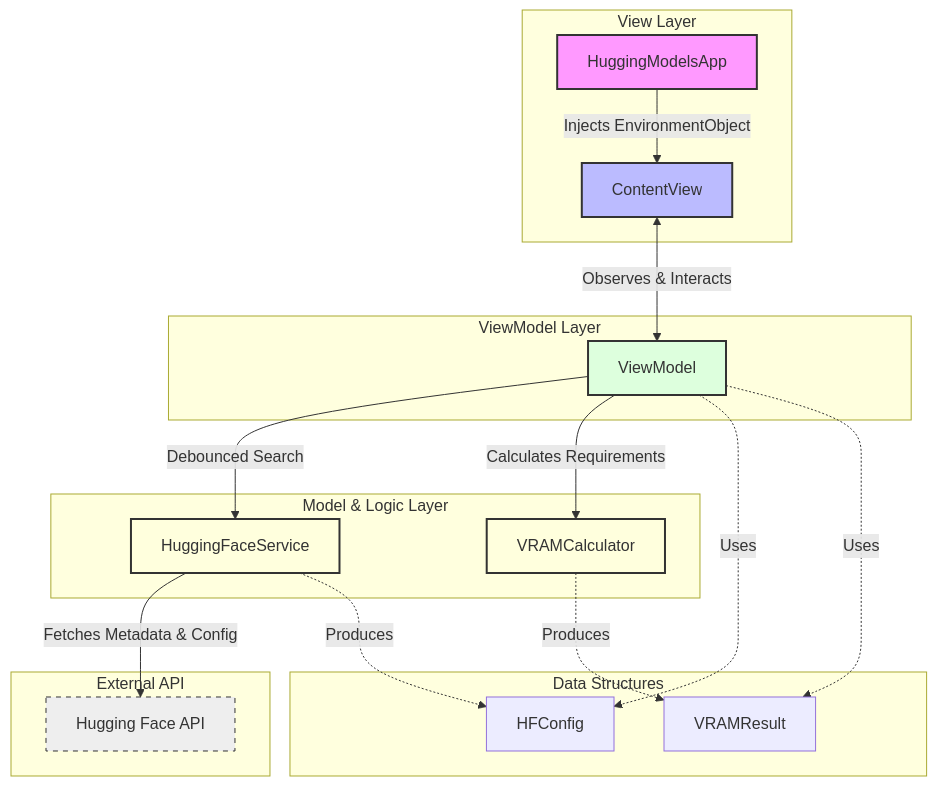
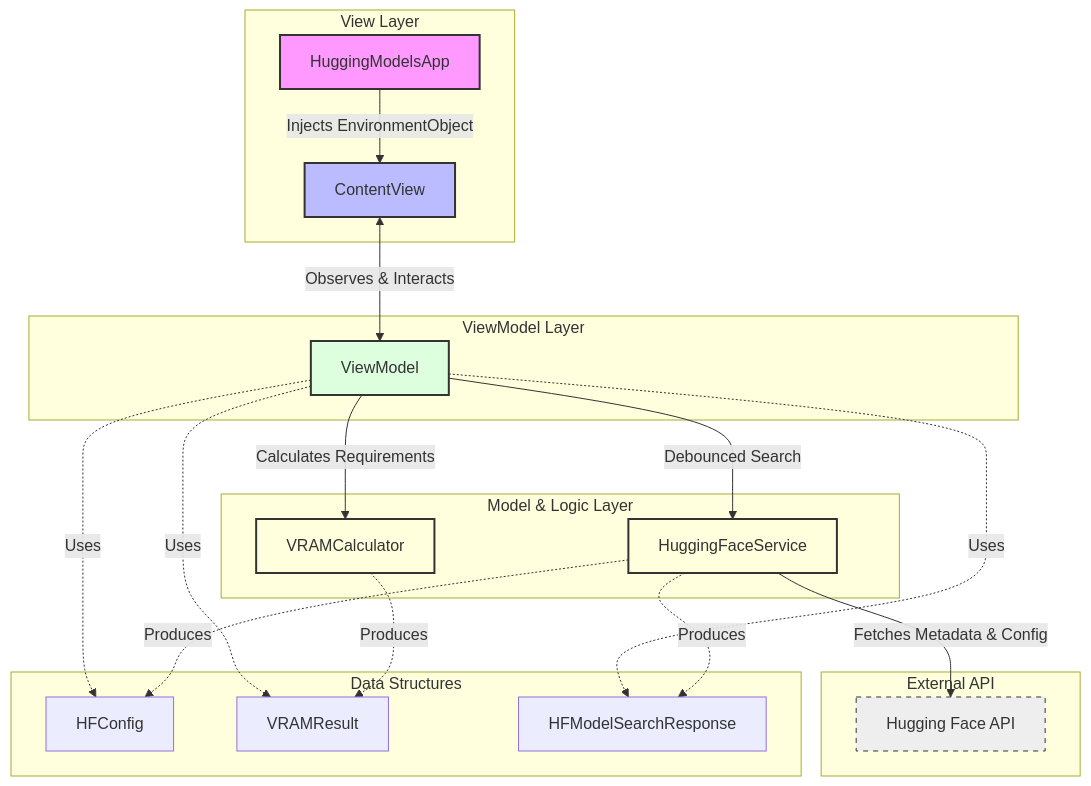
Before and after one commit to ShibaMeanu/HuggingModels: the first of 2 diagrams in ARCHITECTURE.md, drawn with Mermaid.

Commit message:
docs: Update architecture diagram to match codebase

````diff
--- a/ARCHITECTURE.md
+++ b/ARCHITECTURE.md
@@ -5,33 +5,35 @@
 ```mermaid
 graph TD
     subgraph "View Layer"
         App[HuggingModelsApp] -->|Injects EnvironmentObject| CV[ContentView]
     end
 
     subgraph "ViewModel Layer"
         CV <-->|Observes & Interacts| VM[ViewModel]
     end
 
     subgraph "Model & Logic Layer"
         VM -->|Debounced Search| HF[HuggingFaceService]
         VM -->|Calculates Requirements| Calc[VRAMCalculator]
     end
 
     subgraph "External API"
         HF -->|Fetches Metadata & Config| HfAPI[Hugging Face API]
     end
 
     subgraph "Data Structures"
         VM -.->|Uses| Config[HFConfig]
         VM -.->|Uses| Result[VRAMResult]
+        VM -.->|Uses| SearchRes[HFModelSearchResponse]
         Calc -.->|Produces| Result
         HF -.->|Produces| Config
+        HF -.->|Produces| SearchRes
     end
 
     style App fill:#f9f,stroke:#333,stroke-width:2px
     style CV fill:#bbf,stroke:#333,stroke-width:2px
     style VM fill:#dfd,stroke:#333,stroke-width:2px
     style Calc fill:#ffd,stroke:#333,stroke-width:2px
     style HF fill:#ffd,stroke:#333,stroke-width:2px
     style HfAPI fill:#eee,stroke:#333,stroke-dasharray: 5 5
 ```
````
